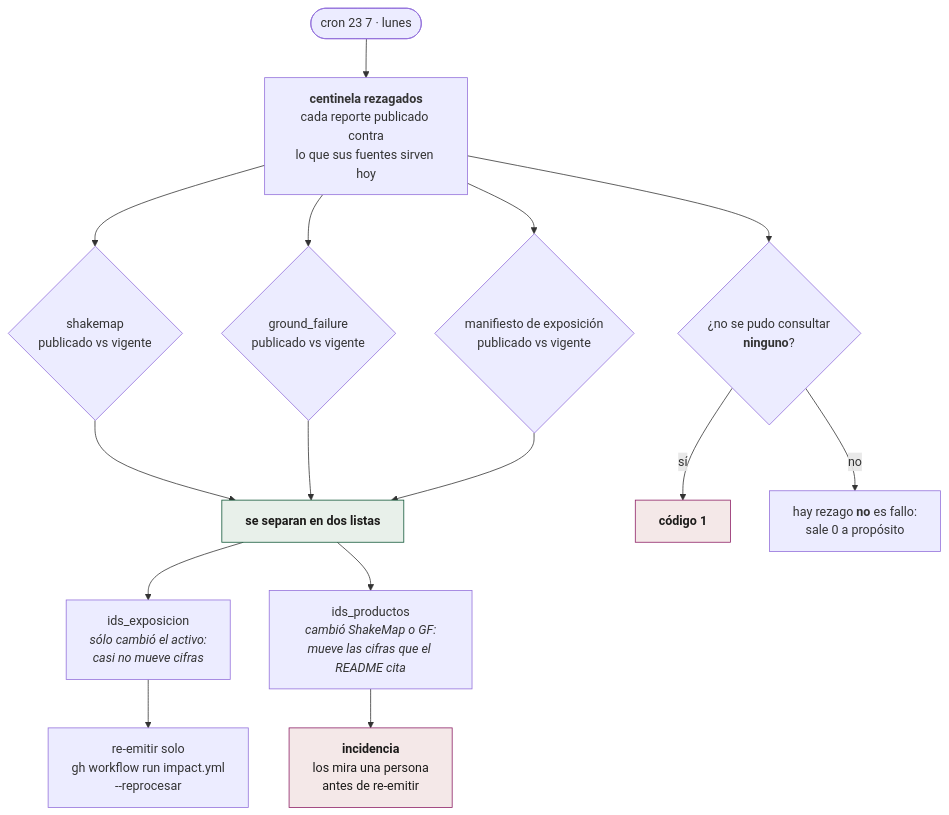
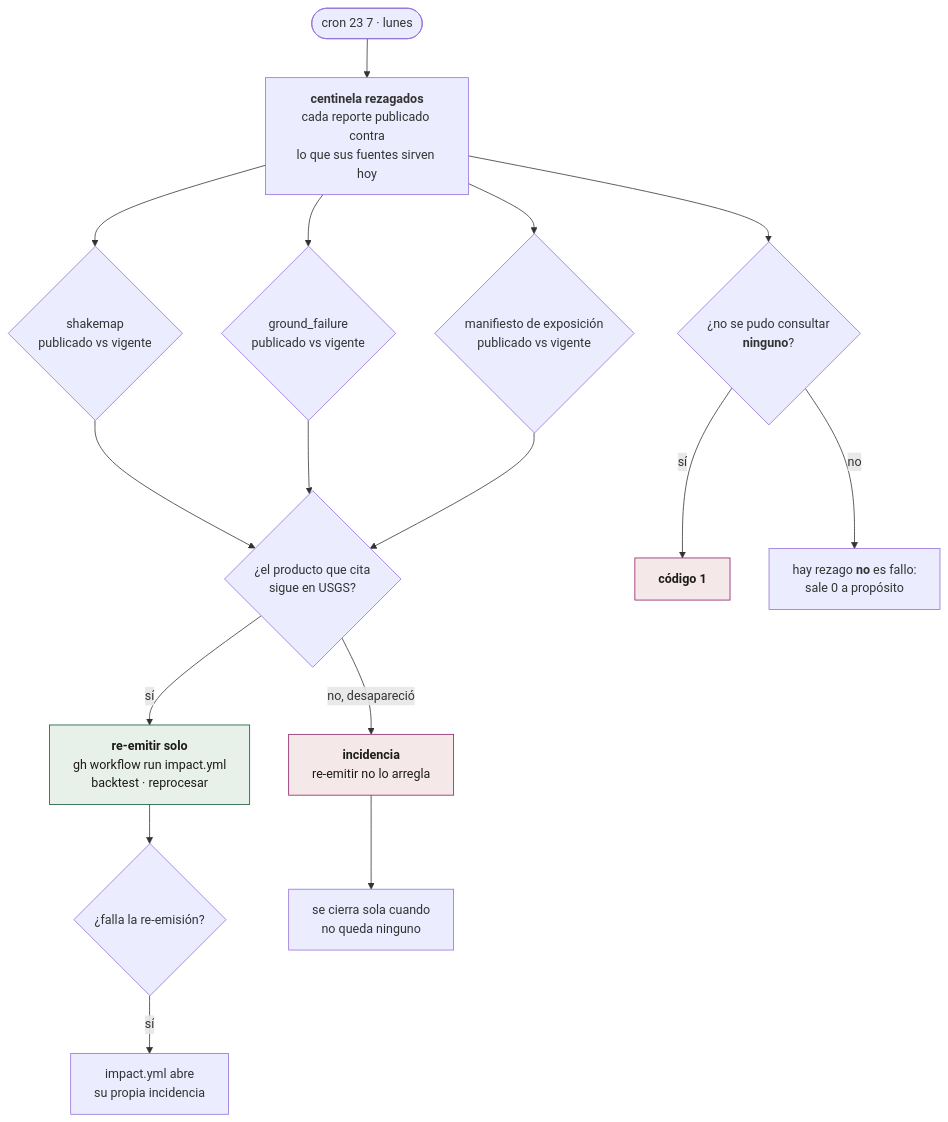
One commit to sforero77/CENTINELA changed the ninth of 14 diagrams in docs/acciones/por-reloj.md. Above: the diagram before and after it, drawn with Mermaid. The commit also changed other lines of this file and 12 other files, not shown here.

````diff
--- a/docs/acciones/por-reloj.md
+++ b/docs/acciones/por-reloj.md
@@ -361,27 +365,28 @@
 ```mermaid
 flowchart TB
   R(["cron 23 7 · lunes"]) --> CMP["<b>centinela rezagados</b><br/>cada reporte publicado contra<br/>lo que sus fuentes sirven hoy"]
 
   CMP --> C1{"shakemap<br/>publicado vs vigente"}
   CMP --> C2{"ground_failure<br/>publicado vs vigente"}
   CMP --> C3{"manifiesto de exposición<br/>publicado vs vigente"}
 
   C1 --> SEP
   C2 --> SEP
   C3 --> SEP
 
-  SEP["<b>se separan en dos listas</b>"]
-  SEP --> SOLO["ids_exposicion<br/><i>sólo cambió el activo:<br/>casi no mueve cifras</i>"]
-  SEP --> PROD["ids_productos<br/><i>cambió ShakeMap o GF:<br/>mueve las cifras que el README cita</i>"]
+  SEP{"¿el producto que cita<br/>sigue en USGS?"}
+  SEP -->|sí| AUTO["<b>re-emitir solo</b><br/>gh workflow run impact.yml<br/>backtest · reprocesar"]
+  SEP -->|"no, desapareció"| MANO["<b>incidencia</b><br/>re-emitir no lo arregla"]
 
-  SOLO --> AUTO["re-emitir solo<br/>gh workflow run impact.yml<br/>--reprocesar"]
-  PROD --> MANO["<b>incidencia</b><br/>los mira una persona<br/>antes de re-emitir"]
+  AUTO --> FALLA{"¿falla la re-emisión?"}
+  FALLA -->|sí| P2INC["impact.yml abre<br/>su propia incidencia"]
+  MANO --> CIERRA["se cierra sola cuando<br/>no queda ninguno"]
 
   CMP --> CIEGO{"¿no se pudo consultar<br/><b>ninguno</b>?"}
   CIEGO -->|sí| EXIT1["<b>código 1</b>"]
   CIEGO -->|no| VERDE["hay rezago <b>no</b> es fallo:<br/>sale 0 a propósito"]
 
-  style SEP fill:#e8f0ea,stroke:#0f5636,color:#1c1b1a
+  style AUTO fill:#e8f0ea,stroke:#0f5636,color:#1c1b1a
   style MANO fill:#f4e8e8,stroke:#8c1d64,color:#1c1b1a
   style EXIT1 fill:#f4e8e8,stroke:#8c1d64,color:#1c1b1a
 ```
````
